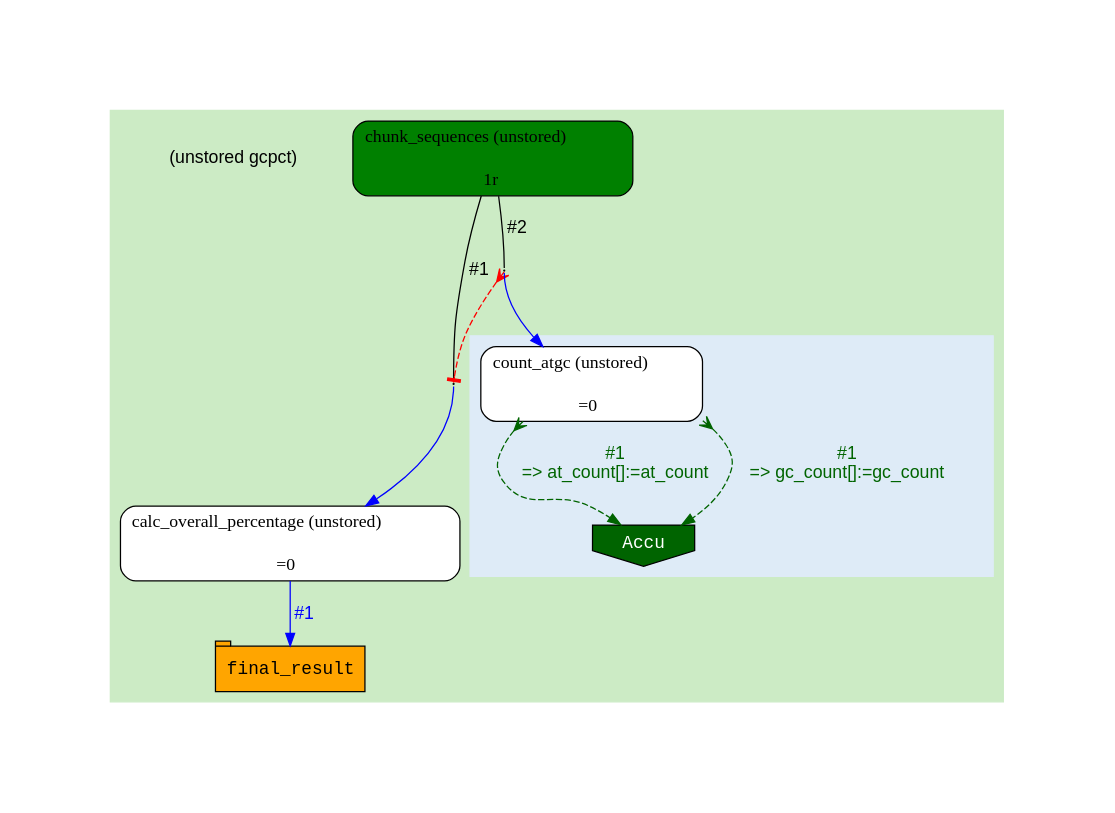
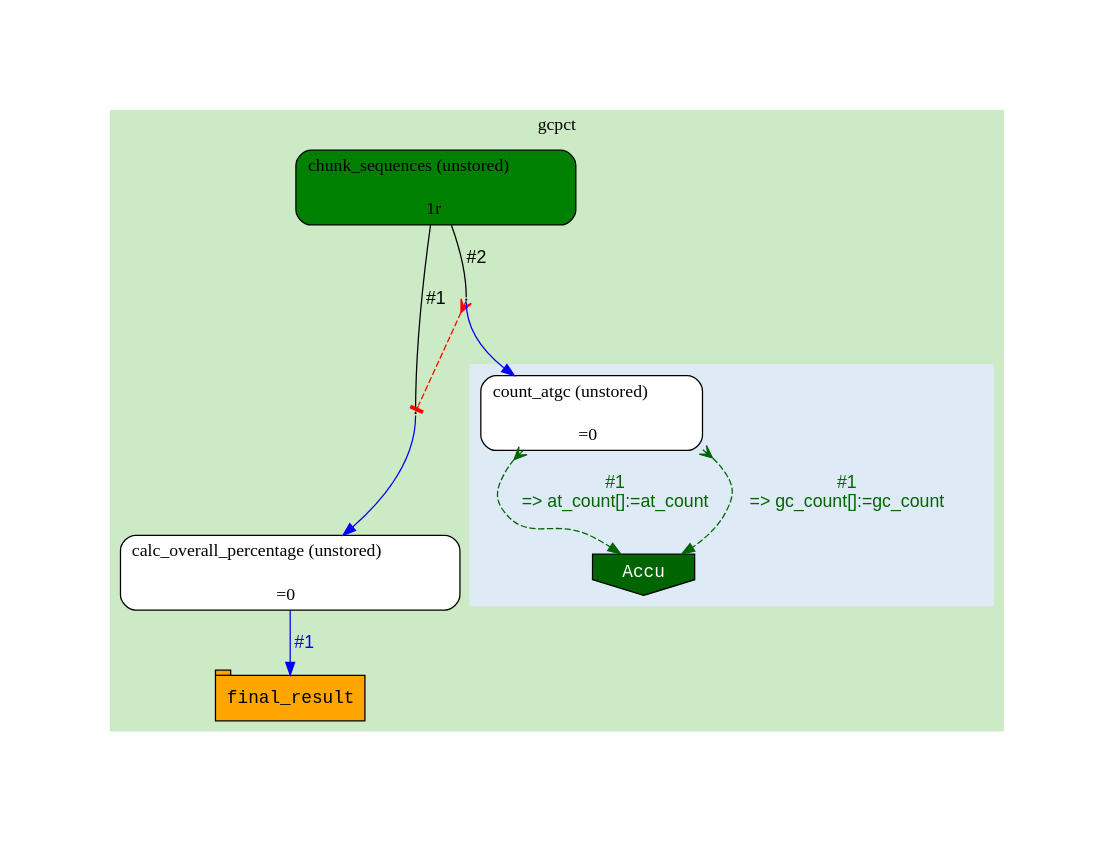
One commit to Ensembl/ensembl-hive changed the diagram in t/03.scripts/generate_graph/GC::PipeConfig::GCPct_conf.unstored.dot. Above: the diagram before and after it, drawn with Graphviz. The commit also changed 8 other files, not shown here.

Commit message:
Switch from using a separate pipeline_label to displaying the top-level cluster name; regenerated the test files accordingly

```diff
--- a/t/03.scripts/generate_graph/GC::PipeConfig::GCPct_conf.unstored.dot
+++ b/t/03.scripts/generate_graph/GC::PipeConfig::GCPct_conf.unstored.dot
@@ -1,39 +1,39 @@
 digraph test {
 	ratio="compress"; concentrate = "true"; name = "AnalysisWorkflow"; pad = "1.0";
 	analysis_chunk_sequences [fillcolor="green", fontname="Times-Roman", label=<<table border="0" cellborder="0" cellspacing="0" cellpadding="1"><tr><td colspan="1">chunk_sequences (unstored)</td></tr><tr><td colspan="1"> </td></tr><tr><td bgcolor="green" width="100%">1r</td></tr></table>>, shape="Mrecord", style="filled"];
 	dfr_p1_mp [fixedsize="1", height="0.01", label="dfr_p1_mp", shape="point", width="0.01"];
 	analysis_calc_overall_percentage [fillcolor="white", fontname="Times-Roman", label=<<table border="0" cellborder="0" cellspacing="0" cellpadding="1"><tr><td colspan="1">calc_overall_percentage (unstored)</td></tr><tr><td colspan="1"> </td></tr><tr><td>=0</td></tr></table>>, shape="Mrecord", style="filled"];
 	table_final_result [fillcolor="orange", fontcolor="black", fontname="Courier", label=<<table border="0" cellborder="0" cellspacing="0" cellpadding="1"><tr><td colspan="1">final_result</td></tr></table>>, shape="tab", style="filled"];
 	dfr_p2_mp [fixedsize="1", height="0.01", label="dfr_p2_mp", shape="point", width="0.01"];
 	analysis_count_atgc [fillcolor="white", fontname="Times-Roman", label=<<table border="0" cellborder="0" cellspacing="0" cellpadding="1"><tr><td colspan="1">count_atgc (unstored)</td></tr><tr><td colspan="1"> </td></tr><tr><td>=0</td></tr></table>>, shape="Mrecord", style="filled"];
 	sink_dfr_p1_mp [fillcolor="darkgreen", fontcolor="white", fontname="Courier", label="Accu", shape="invhouse", style="filled"];
-	pipelabel_gcpct [fontname="Helvetica", label="(unstored gcpct)", shape="plaintext"];
 	analysis_calc_overall_percentage -> table_final_result [color="blue", fontcolor="blue", fontname="Helvetica", label="#1\n"];
 	analysis_chunk_sequences -> dfr_p1_mp [arrowhead="none", color="black", fontcolor="black", fontname="Helvetica", headport="n", label="#1"];
 	analysis_chunk_sequences -> dfr_p2_mp [arrowhead="none", color="black", fontcolor="black", fontname="Helvetica", headport="n", label="#2"];
 	analysis_count_atgc -> sink_dfr_p1_mp [arrowtail="crow", color="darkgreen", dir="both", fontcolor="darkgreen", fontname="Helvetica", label="#1\n=> at_count[]:=at_count", style="dashed"];
 	analysis_count_atgc -> sink_dfr_p1_mp [arrowtail="crow", color="darkgreen", dir="both", fontcolor="darkgreen", fontname="Helvetica", label="#1\n=> gc_count[]:=gc_count", style="dashed"];
 	dfr_p1_mp -> analysis_calc_overall_percentage [color="blue", fontcolor="blue", fontname="Helvetica", label="\n", tailport="s"];
 	dfr_p2_mp -> analysis_count_atgc [color="blue", fontcolor="blue", fontname="Helvetica", label="\n", tailport="s"];
 	dfr_p2_mp -> dfr_p1_mp [arrowhead="tee", arrowtail="crow", color="red", dir="both", style="dashed"];
 
-subgraph cluster_cl_gcpct {
+subgraph cluster_gcpct {
+	label="gcpct";
 	style=filled;
 	colorscheme=pastel19;
 	color=3;
-	pipelabel_gcpct;
 	analysis_chunk_sequences;
 	dfr_p1_mp;
 	subgraph cluster_cl_dfr_p1_mp {
+		label="";
 		style=filled;
 		colorscheme=blues9;
 		color=2;
 		analysis_count_atgc;
 		sink_dfr_p1_mp;
 		sink_dfr_p1_mp;
 	}
 	dfr_p2_mp;
 	analysis_calc_overall_percentage;
 	table_final_result;
 }
 }
```
